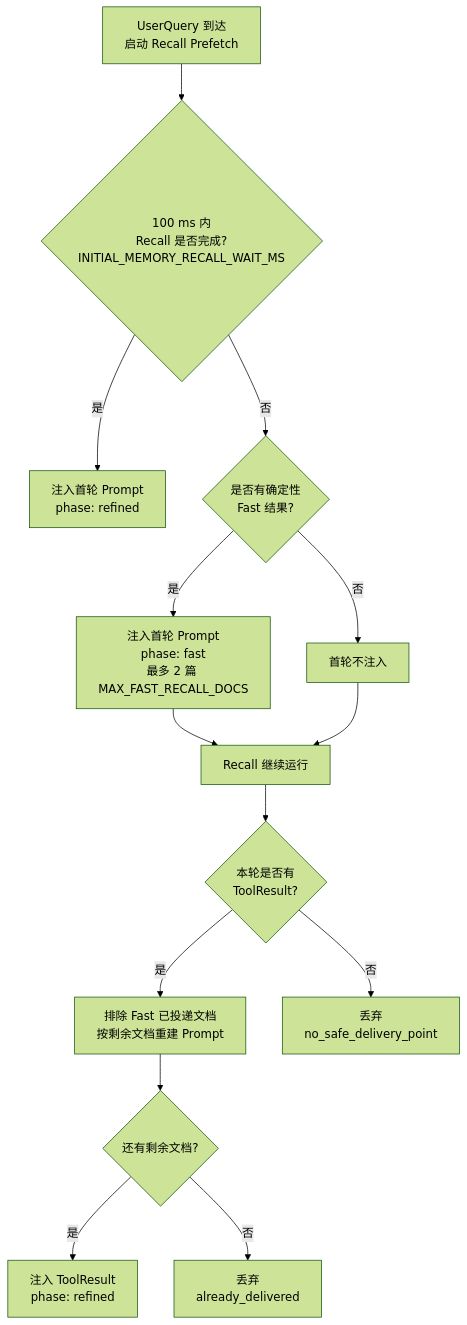
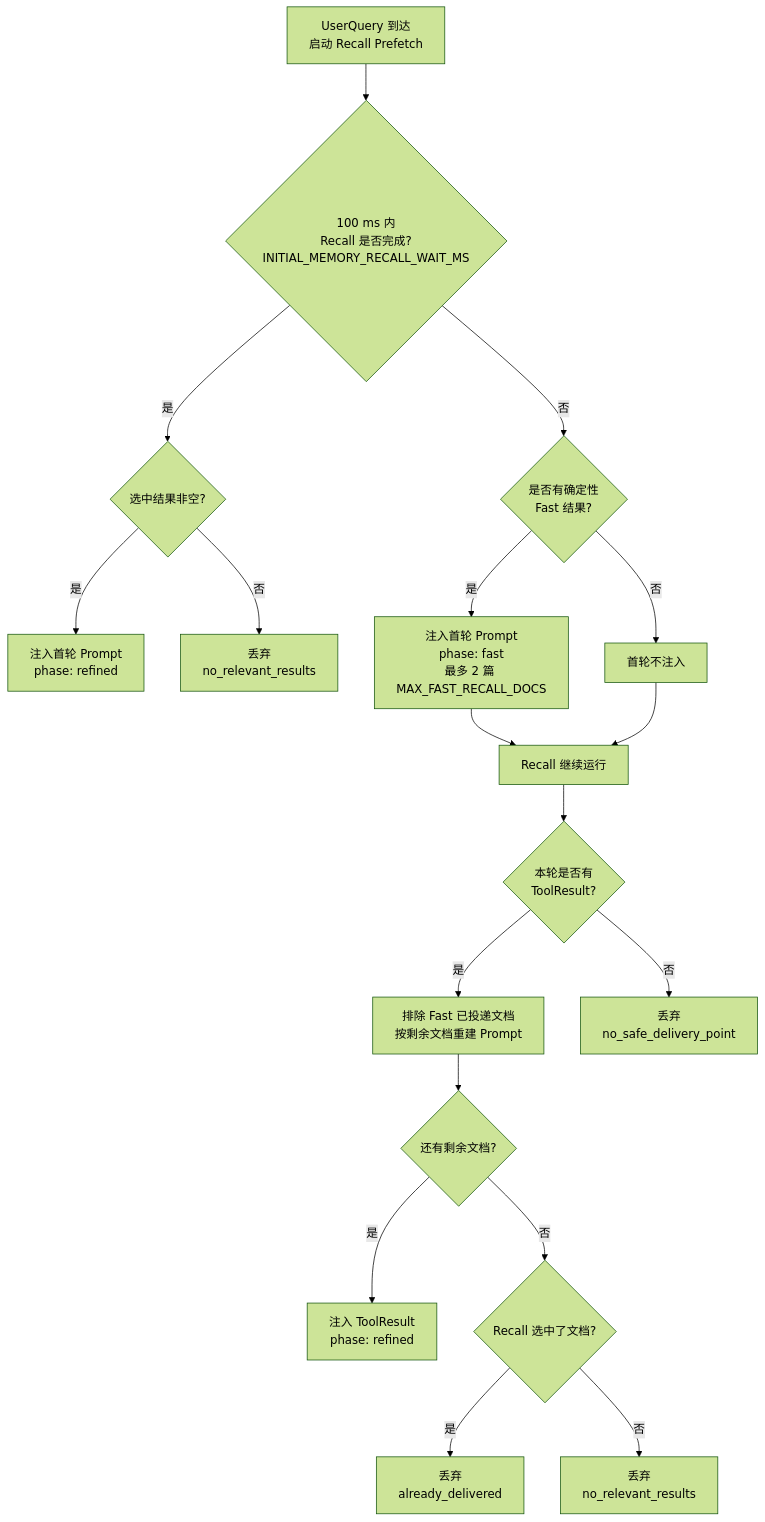
One commit to QwenLM/qwen-code changed the seventh of 8 diagrams in docs/design/auto-memory/memory-system.md. Above: the diagram before and after it, drawn with Mermaid (forest theme). The commit also changed 2 other files, not shown here.

Commit message:
docs(memory): clarify recall delivery telemetry

````diff
--- a/docs/design/auto-memory/memory-system.md
+++ b/docs/design/auto-memory/memory-system.md
@@ -404,16 +404,20 @@
 ```mermaid
 flowchart TD
     A[UserQuery 到达\n启动 Recall Prefetch] --> B{100 ms 内\nRecall 是否完成?\nINITIAL_MEMORY_RECALL_WAIT_MS}
-    B -- 是 --> C[注入首轮 Prompt\nphase: refined]
+    B -- 是 --> C{选中结果非空?}
+    C -- 是 --> C1[注入首轮 Prompt\nphase: refined]
+    C -- 否 --> C0[丢弃\nno_relevant_results]
     B -- 否 --> D{是否有确定性\nFast 结果?}
     D -- 是 --> E[注入首轮 Prompt\nphase: fast\n最多 2 篇 MAX_FAST_RECALL_DOCS]
     D -- 否 --> F[首轮不注入]
     E --> G[Recall 继续运行]
     F --> G
     G --> H{本轮是否有\nToolResult?}
     H -- 是 --> I[排除 Fast 已投递文档\n按剩余文档重建 Prompt]
     I --> J{还有剩余文档?}
     J -- 是 --> K[注入 ToolResult\nphase: refined]
-    J -- 否 --> L[丢弃\nalready_delivered]
+    J -- 否 --> L{Recall 选中了文档?}
+    L -- 是 --> L1[丢弃\nalready_delivered]
+    L -- 否 --> L2[丢弃\nno_relevant_results]
     H -- 否 --> M[丢弃\nno_safe_delivery_point]
 ```
````
